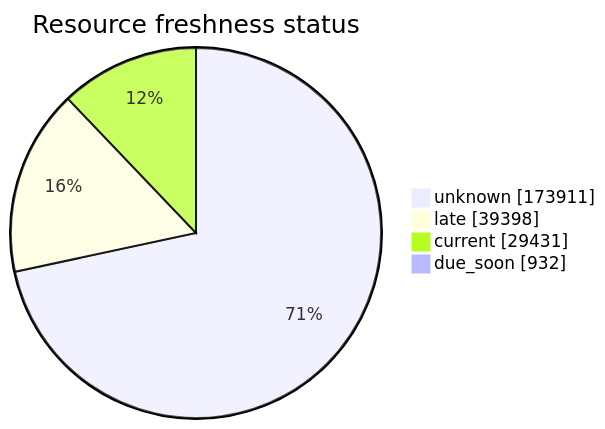
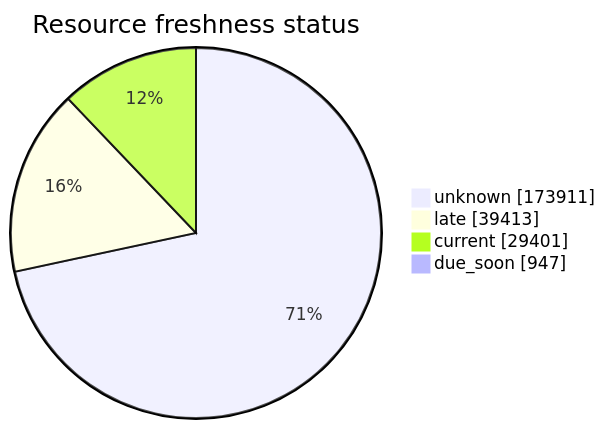
Before and after one commit to open-data/analytics-corporate-reporting: the third of 5 diagrams in FreshCheck/README.md, drawn with Mermaid. The commit also changed other lines of this file and 3 other files, not shown here.

````diff
--- a/FreshCheck/README.md
+++ b/FreshCheck/README.md
@@ -77,7 +77,7 @@
 ```mermaid
 pie showData title Resource freshness status
     "unknown": 173911
-    "late": 39398
-    "current": 29431
-    "due_soon": 932
+    "late": 39413
+    "current": 29401
+    "due_soon": 947
 ```
````
